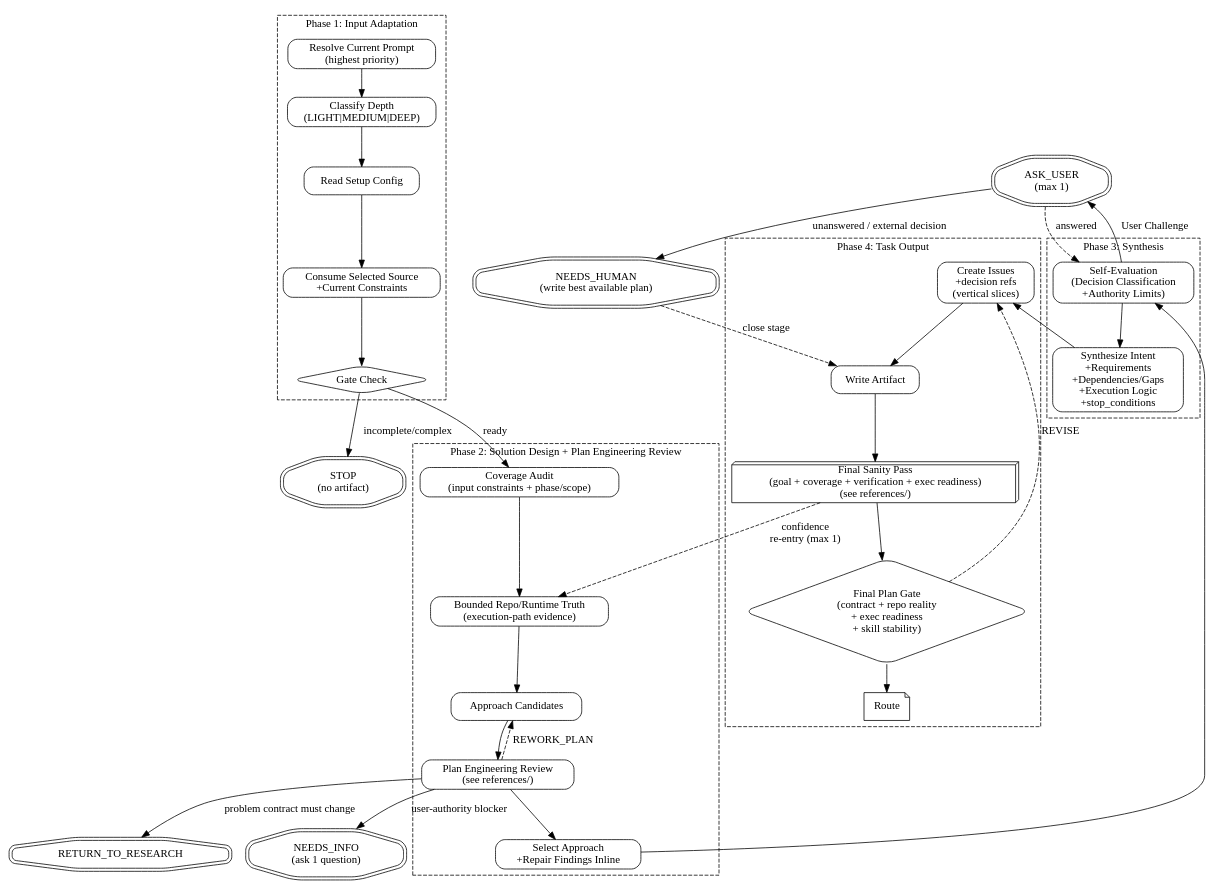
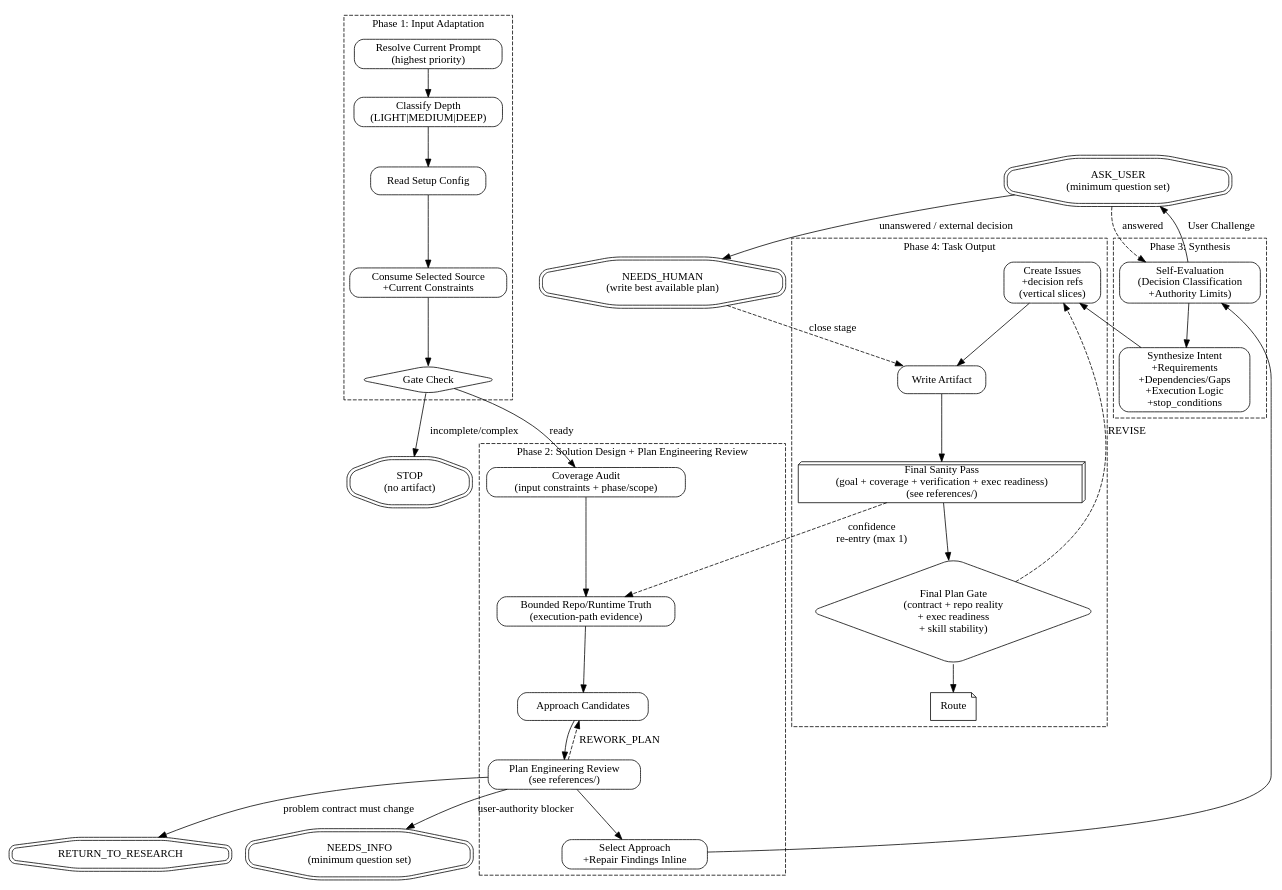
Before and after one commit to feng-y/pge: the diagram in skills/pge-plan/SKILL.md, drawn with Graphviz. The commit also changed other lines of this file and 32 other files, not shown here.

````diff
--- a/skills/pge-plan/SKILL.md
+++ b/skills/pge-plan/SKILL.md
@@ -132,71 +132,71 @@
 ```dot
 digraph pge_plan {
   rankdir=TB;
   node [shape=box, style=rounded];
 
   subgraph cluster_phase1 {
     label="Phase 1: Input Adaptation";
     style=dashed;
     resolve_input [label="Resolve Current Prompt\n(highest priority)"];
     classify_depth [label="Classify Depth\n(LIGHT|MEDIUM|DEEP)"];
     read_config [label="Read Setup Config"];
     consume_upstream [label="Consume Selected Source\n+Current Constraints"];
     gate_check [label="Gate Check", shape=diamond];
     resolve_input -> classify_depth -> read_config -> consume_upstream -> gate_check;
   }
 
   gate_stop [label="STOP\n(no artifact)", shape=doubleoctagon];
   gate_check -> gate_stop [label="incomplete/complex"];
 
   subgraph cluster_phase2 {
     label="Phase 2: Solution Design + Plan Engineering Review";
     style=dashed;
     coverage_audit [label="Coverage Audit\n(input constraints + phase/scope)"];
     explore [label="Bounded Repo/Runtime Truth\n(execution-path evidence)"];
     propose [label="Approach Candidates"];
     plan_eng_review [label="Plan Engineering Review\n(see references/)"];
     select_approach [label="Select Approach\n+Repair Findings Inline"];
     coverage_audit -> explore -> propose -> plan_eng_review -> select_approach;
     plan_eng_review -> propose [label="REWORK_PLAN", style=dashed];
   }
 
   eng_gate_research [label="RETURN_TO_RESEARCH", shape=doubleoctagon];
-  eng_gate_info [label="NEEDS_INFO\n(ask 1 question)", shape=doubleoctagon];
+  eng_gate_info [label="NEEDS_INFO\n(minimum question set)", shape=doubleoctagon];
   plan_eng_review -> eng_gate_research [label="problem contract must change"];
   plan_eng_review -> eng_gate_info [label="user-authority blocker"];
 
   gate_check -> coverage_audit [label="ready"];
 
   subgraph cluster_phase3 {
     label="Phase 3: Synthesis";
     style=dashed;
     self_eval [label="Self-Evaluation\n(Decision Classification\n+Authority Limits)"];
     synthesize [label="Synthesize Intent\n+Requirements\n+Dependencies/Gaps\n+Execution Logic\n+stop_conditions"];
     self_eval -> synthesize;
   }
 
-  authority_ask [label="ASK_USER\n(max 1)", shape=doubleoctagon];
+  authority_ask [label="ASK_USER\n(minimum question set)", shape=doubleoctagon];
   needs_human [label="NEEDS_HUMAN\n(write best available plan)", shape=doubleoctagon];
   self_eval -> authority_ask [label="User Challenge"];
   authority_ask -> self_eval [label="answered", style=dashed];
   authority_ask -> needs_human [label="unanswered / external decision"];
 
   select_approach -> self_eval;
 
   subgraph cluster_phase4 {
     label="Phase 4: Task Output";
     style=dashed;
     create_issues [label="Create Issues\n+decision refs\n(vertical slices)"];
     write_artifact [label="Write Artifact"];
     self_review [label="Final Sanity Pass\n(goal + coverage + verification + exec readiness)\n(see references/)", shape=box3d];
     plan_gate_final [label="Final Plan Gate\n(contract + repo reality\n+ exec readiness\n+ skill stability)", shape=diamond];
     route [label="Route", shape=note];
     create_issues -> write_artifact -> self_review -> plan_gate_final -> route;
     plan_gate_final -> create_issues [label="REVISE", style=dashed];
   }
 
   synthesize -> create_issues;
   needs_human -> write_artifact [label="close stage", style=dashed];
   self_review -> explore [label="confidence\nre-entry (max 1)", style=dashed];
 }
 ```
````
